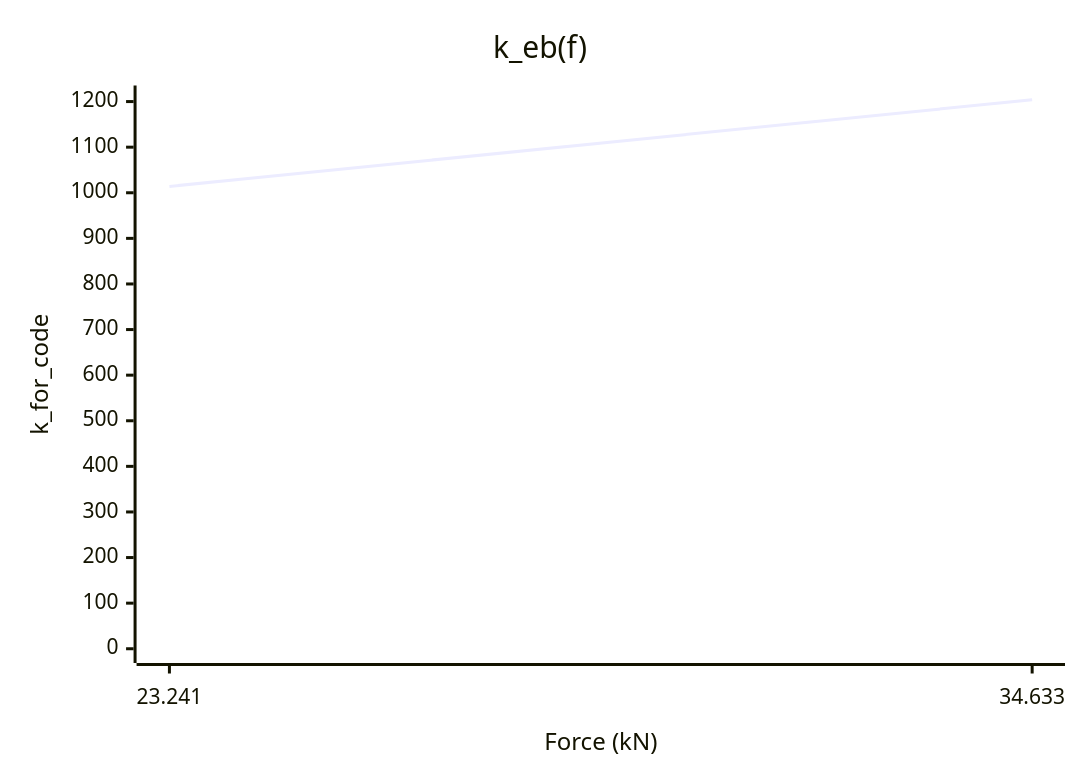
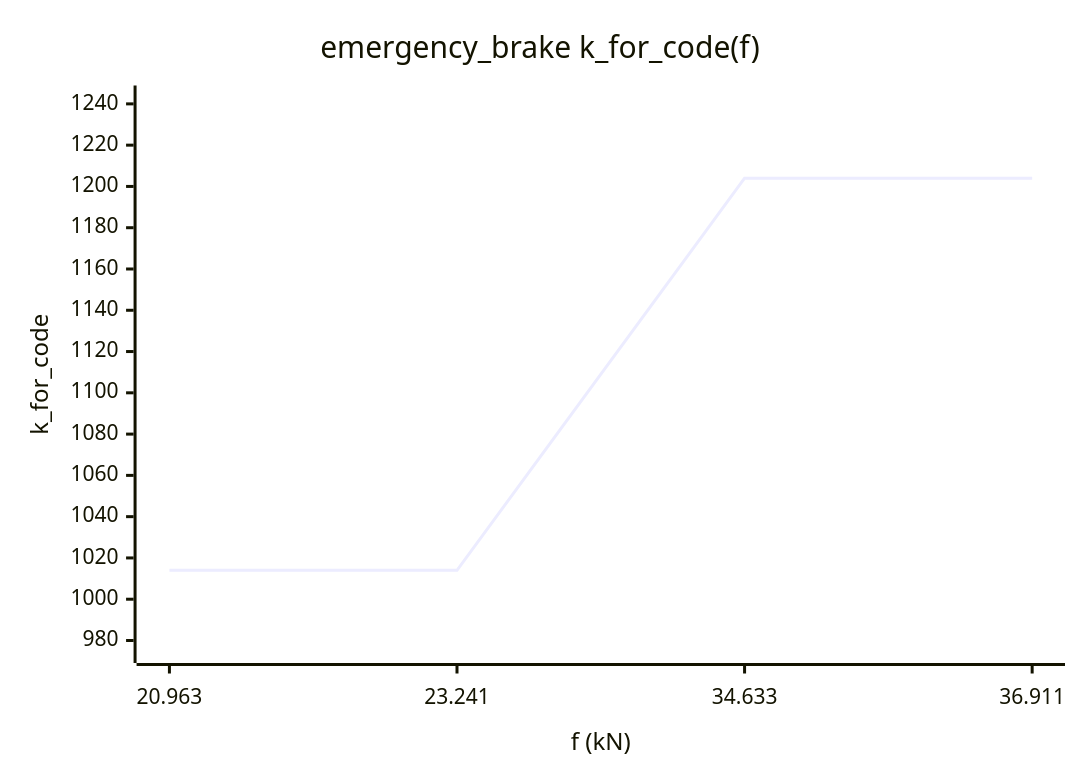
One commit to diowang13/Brake_Calc changed the second of 2 diagrams in out/report.md. Above: the diagram before and after it, drawn with Mermaid. The commit also changed other lines of this file and 11 other files, not shown here.

````diff
--- a/out/report.md
+++ b/out/report.md
@@ -482,7 +136,7 @@
 ```mermaid
 xychart-beta
-    title "k_eb(f)"
-    x-axis "Force (kN)" [23.241, 34.633]
-    y-axis "k_for_code" 0 --> 1204
-    line [1014, 1204]
+    title "emergency_brake k_for_code(f)"
+    x-axis "f (kN)" [20.963, 23.241, 34.633, 36.911]
+    y-axis "k_for_code" 976 --> 1242
+    line [1014, 1014, 1204, 1204]
 ```
````
